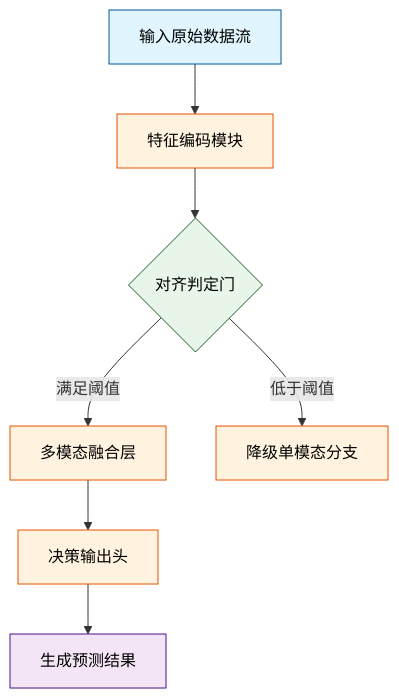
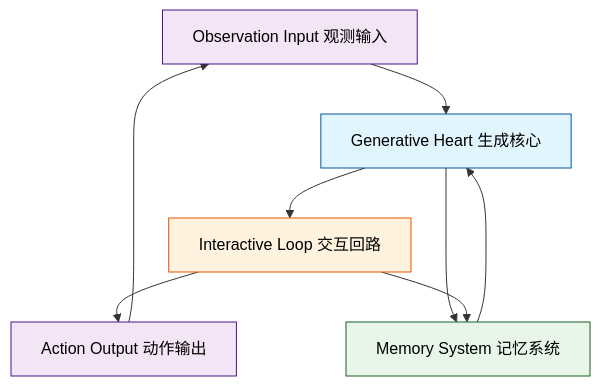
The eighth of 10 diagrams in person_vault/2026-06-12_FromMasksToWorldsAHitchhikerSGuideToWorl_2510.20668/report.md (ShinewineW/paper-rolling), drawn with Mermaid before and after one commit. The commit also changed other lines of this file and 51 other files, not shown here.

````diff
--- a/person_vault/2026-06-12_FromMasksToWorldsAHitchhikerSGuideToWorl_2510.20668/report.md
+++ b/person_vault/2026-06-12_FromMasksToWorldsAHitchhikerSGuideToWorl_2510.20668/report.md
@@ -337,14 +472,21 @@
 ```mermaid
 flowchart TB
-    classDef input fill:#e1f5fe,stroke:#01579b,color:#000;
-    classDef process fill:#fff3e0,stroke:#e65100,color:#000;
-    classDef decision fill:#e8f5e9,stroke:#1b5e20,color:#000;
-    classDef output fill:#f3e5f5,stroke:#4a148c,color:#000;
+    classDef core fill:#e1f5fe,stroke:#01579b,color:#000;
+    classDef loop fill:#fff3e0,stroke:#e65100,color:#000;
+    classDef mem fill:#e8f5e9,stroke:#1b5e20,color:#000;
+    classDef data fill:#f3e5f5,stroke:#4a148c,color:#000;
 
-    raw_data["输入原始数据流"]:::input --> feat_extract["特征编码模块"]:::process
-    feat_extract --> align_gate{对齐判定门}:::decision
-    align_gate -- 满足阈值 --> fusion_layer["多模态融合层"]:::process
-    align_gate -- 低于阈值 --> fallback_path["降级单模态分支"]:::process
-    fusion_layer --> decision_head["决策输出头"]:::process
-    decision_head --> final_pred["生成预测结果"]:::output
+    obs_in["Observation Input 观测输入"]:::data
+    gen_heart["Generative Heart 生成核心"]:::core
+    int_loop["Interactive Loop 交互回路"]:::loop
+    mem_sys["Memory System 记忆系统"]:::mem
+    act_out["Action Output 动作输出"]:::data
+
+    obs_in --> gen_heart
+    gen_heart --> int_loop
+    int_loop --> act_out
+    act_out --> obs_in
+    gen_heart --> mem_sys
+    mem_sys --> gen_heart
+    int_loop --> mem_sys
 ```
````
